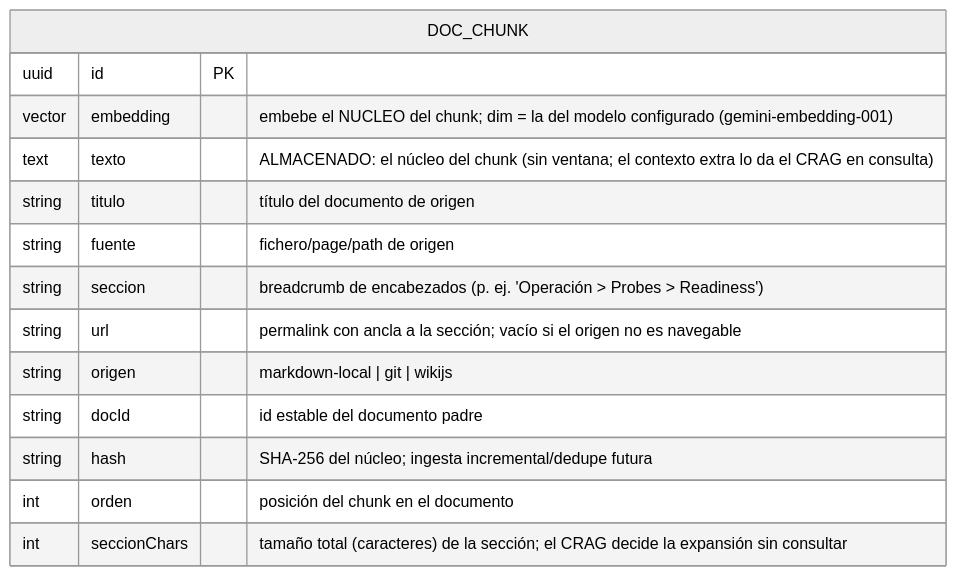
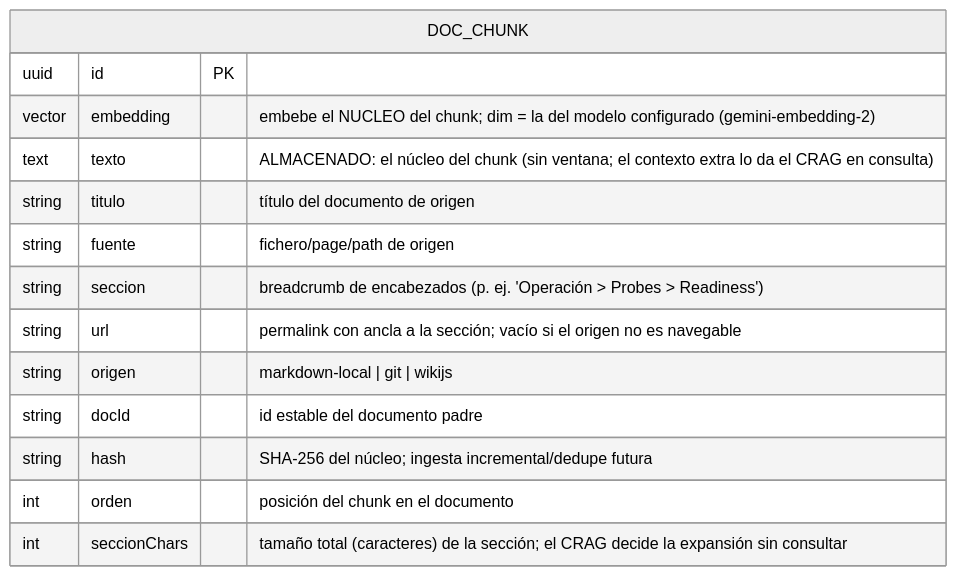
One commit to mikel0ne/ai-platform-portfolio changed the diagram in autoops/docs/arquitectura/05-contratos-api-datos.md. Above: the diagram before and after it, drawn with Mermaid (neutral theme). The commit also changed other lines of this file and 5 other files, not shown here.

````diff
--- a/autoops/docs/arquitectura/05-contratos-api-datos.md
+++ b/autoops/docs/arquitectura/05-contratos-api-datos.md
@@ -127,17 +127,17 @@
 ```mermaid
 erDiagram
     DOC_CHUNK {
         uuid   id PK
-        vector embedding "embebe el NUCLEO del chunk; dim = la del modelo configurado (gemini-embedding-001)"
+        vector embedding "embebe el NUCLEO del chunk; dim = la del modelo configurado (gemini-embedding-2)"
         text   texto "ALMACENADO: el núcleo del chunk (sin ventana; el contexto extra lo da el CRAG en consulta)"
         string titulo "título del documento de origen"
         string fuente "fichero/page/path de origen"
         string seccion "breadcrumb de encabezados (p. ej. 'Operación > Probes > Readiness')"
         string url "permalink con ancla a la sección; vacío si el origen no es navegable"
         string origen "markdown-local | git | wikijs"
         string docId "id estable del documento padre"
         string hash "SHA-256 del núcleo; ingesta incremental/dedupe futura"
         int    orden "posición del chunk en el documento"
         int    seccionChars "tamaño total (caracteres) de la sección; el CRAG decide la expansión sin consultar"
     }
 ```
````
